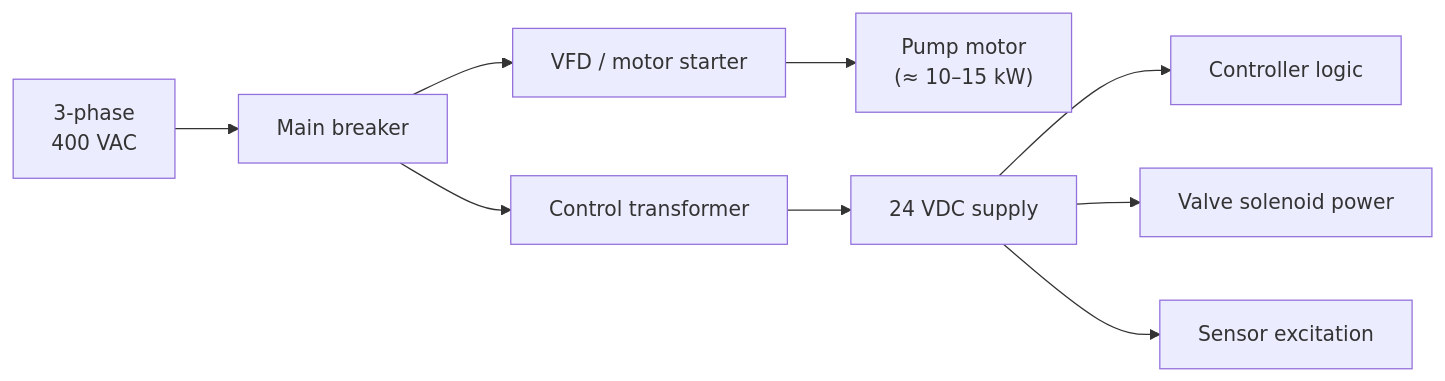
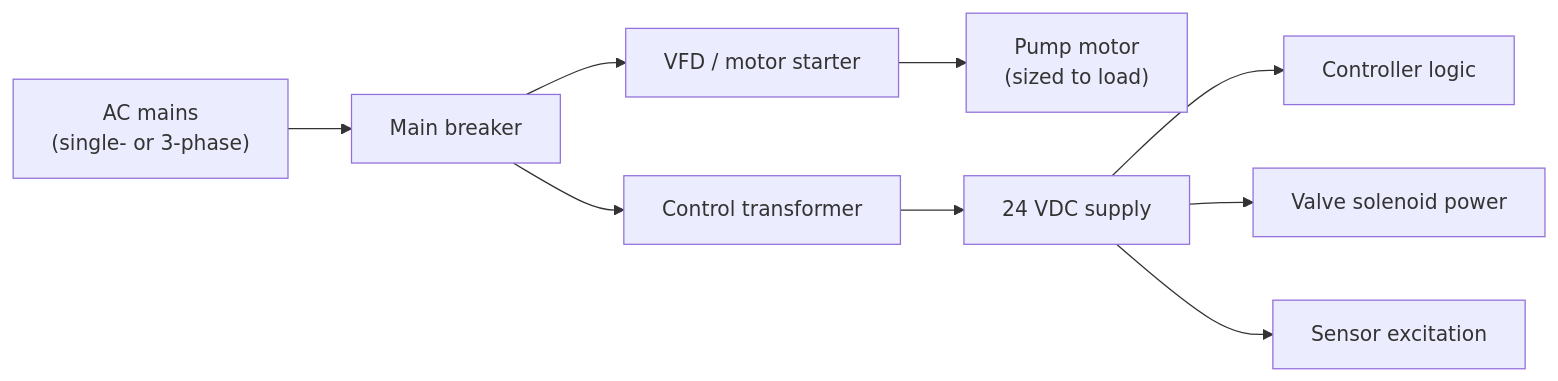
One commit to alibulentkoc/parallel-kinematics-hydraulics changed the second of 4 diagrams in docs/04-electrical-and-control-wiring.md. Above: the diagram before and after it, drawn with Mermaid. The commit also changed other lines of this file and 46 other files, not shown here.

````diff
--- a/docs/04-electrical-and-control-wiring.md
+++ b/docs/04-electrical-and-control-wiring.md
@@ -55,11 +55,11 @@
 ```mermaid
 flowchart LR
-    MAINS["3-phase<br/>400 VAC"] --> BRK["Main breaker"]
+    MAINS["AC mains<br/>(single- or 3-phase)"] --> BRK["Main breaker"]
     BRK --> VFD["VFD / motor starter"]
-    VFD --> MOTOR["Pump motor<br/>(≈ 10–15 kW)"]
+    VFD --> MOTOR["Pump motor<br/>(sized to load)"]
     BRK --> XFMR["Control transformer"]
     XFMR --> PSU24["24 VDC supply"]
     PSU24 --> CTRLP["Controller logic"]
     PSU24 --> VALVEP["Valve solenoid power"]
     PSU24 --> SENSP["Sensor excitation"]
 ```
````
